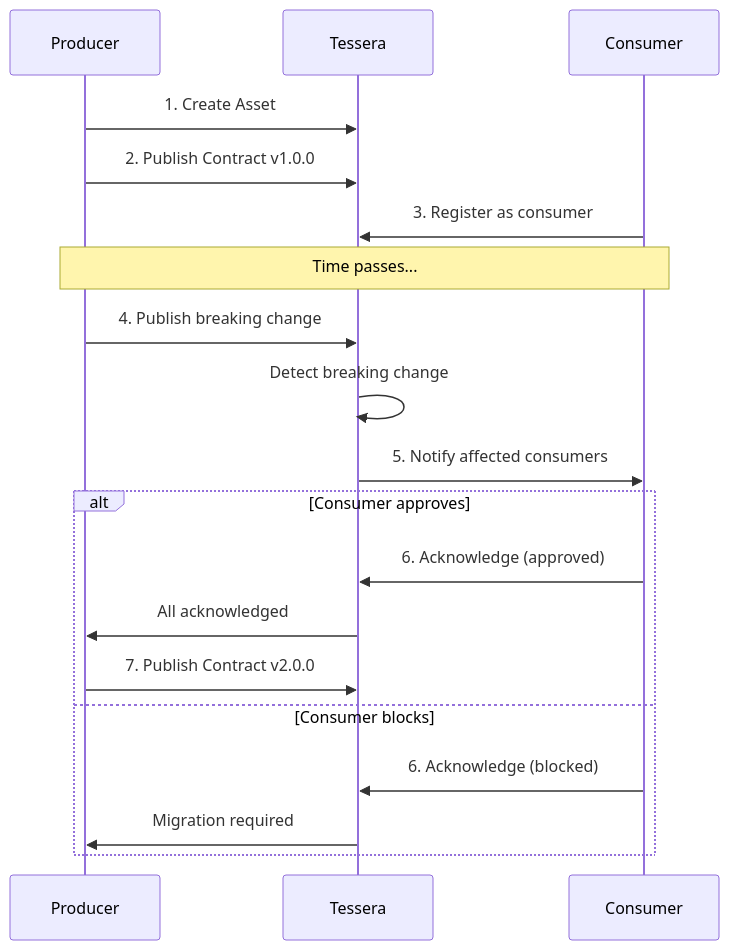
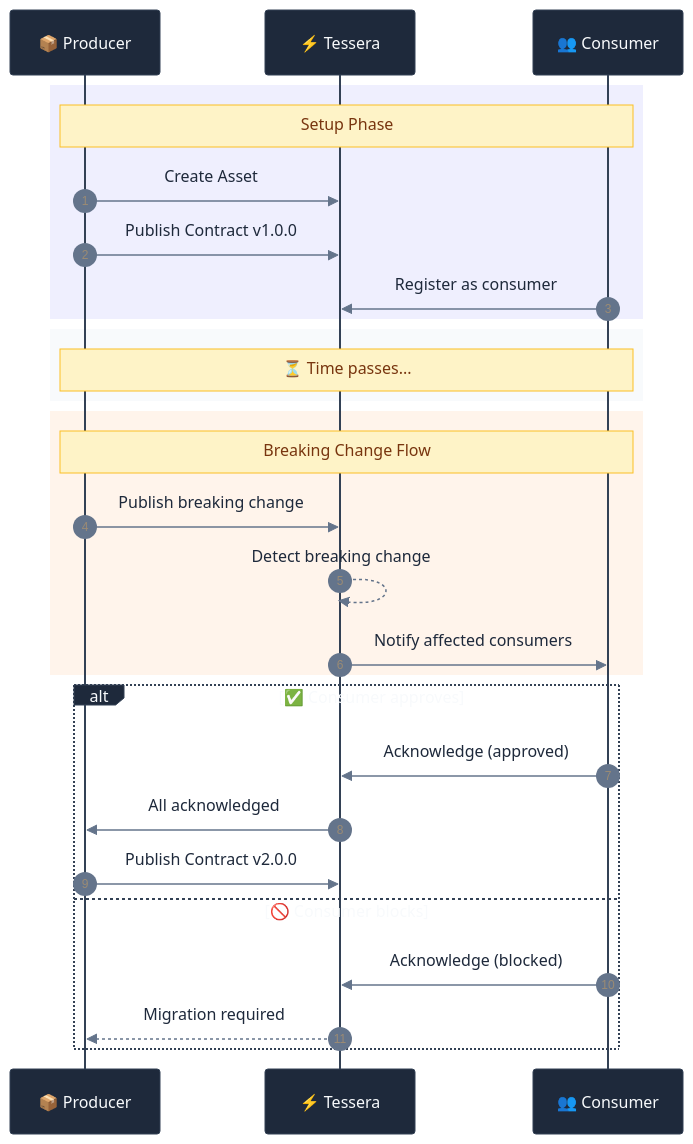
One commit to ashita-ai/tessera changed the diagram in README.md. Above: the diagram before and after it, drawn with Mermaid. The commit also changed other lines of this file and 1 other file, not shown here.

Commit message:
Add comprehensive deployment guide
- Docker Compose setup for local development and small teams
- Kubernetes manifests with HPA, probes, and ingress
- Helm chart structure for GitOps workflows
- Complete environment variables reference
- Security checklist for production
- Monitoring setup with Prometheus alerts and Grafana dashboards
- Scaling considerations and connection pooling guidance
- Disaster recovery procedures and HA recommendations
- Improved README mermaid diagram with better colors and styling

Closes #62

````diff
--- a/README.md
+++ b/README.md
@@ -13,25 +13,35 @@
 ```mermaid
+%%{init: {'theme': 'base', 'themeVariables': { 'primaryColor': '#6366f1', 'primaryTextColor': '#fff', 'primaryBorderColor': '#4f46e5', 'lineColor': '#64748b', 'secondaryColor': '#f1f5f9', 'tertiaryColor': '#f8fafc', 'noteBkgColor': '#fef3c7', 'noteTextColor': '#78350f', 'noteBorderColor': '#fbbf24', 'actorBkg': '#1e293b', 'actorTextColor': '#f8fafc', 'actorBorder': '#334155', 'signalColor': '#64748b', 'signalTextColor': '#1e293b'}}}%%
 sequenceDiagram
-    participant P as Producer
-    participant T as Tessera
-    participant C as Consumer
+    autonumber
+    participant P as 📦 Producer
+    participant T as ⚡ Tessera
+    participant C as 👥 Consumer
 
-    P->>T: 1. Create Asset
-    P->>T: 2. Publish Contract v1.0.0
-    C->>T: 3. Register as consumer
+    rect rgba(99, 102, 241, 0.1)
+        Note over P,C: Setup Phase
+        P->>T: Create Asset
+        P->>T: Publish Contract v1.0.0
+        C->>T: Register as consumer
+    end
 
-    Note over P,C: Time passes...
+    rect rgba(241, 245, 249, 0.5)
+        Note over P,C: ⏳ Time passes...
+    end
 
-    P->>T: 4. Publish breaking change
-    T->>T: Detect breaking change
-    T->>C: 5. Notify affected consumers
+    rect rgba(251, 146, 60, 0.1)
+        Note over P,C: Breaking Change Flow
+        P->>T: Publish breaking change
+        T-->>T: Detect breaking change
+        T->>C: Notify affected consumers
+    end
 
-    alt Consumer approves
-        C->>T: 6. Acknowledge (approved)
+    alt ✅ Consumer approves
+        C->>T: Acknowledge (approved)
         T->>P: All acknowledged
-        P->>T: 7. Publish Contract v2.0.0
-    else Consumer blocks
-        C->>T: 6. Acknowledge (blocked)
-        T->>P: Migration required
+        P->>T: Publish Contract v2.0.0
+    else 🚫 Consumer blocks
+        C->>T: Acknowledge (blocked)
+        T-->>P: Migration required
     end
 ```
````
